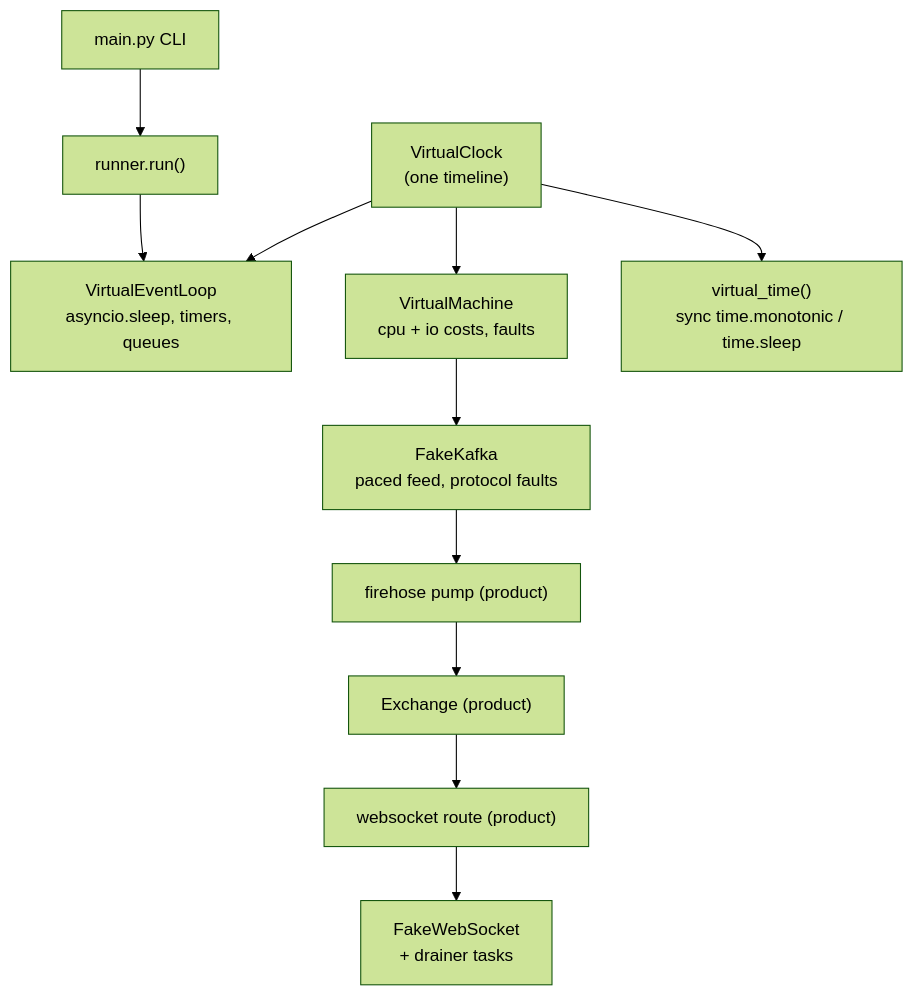
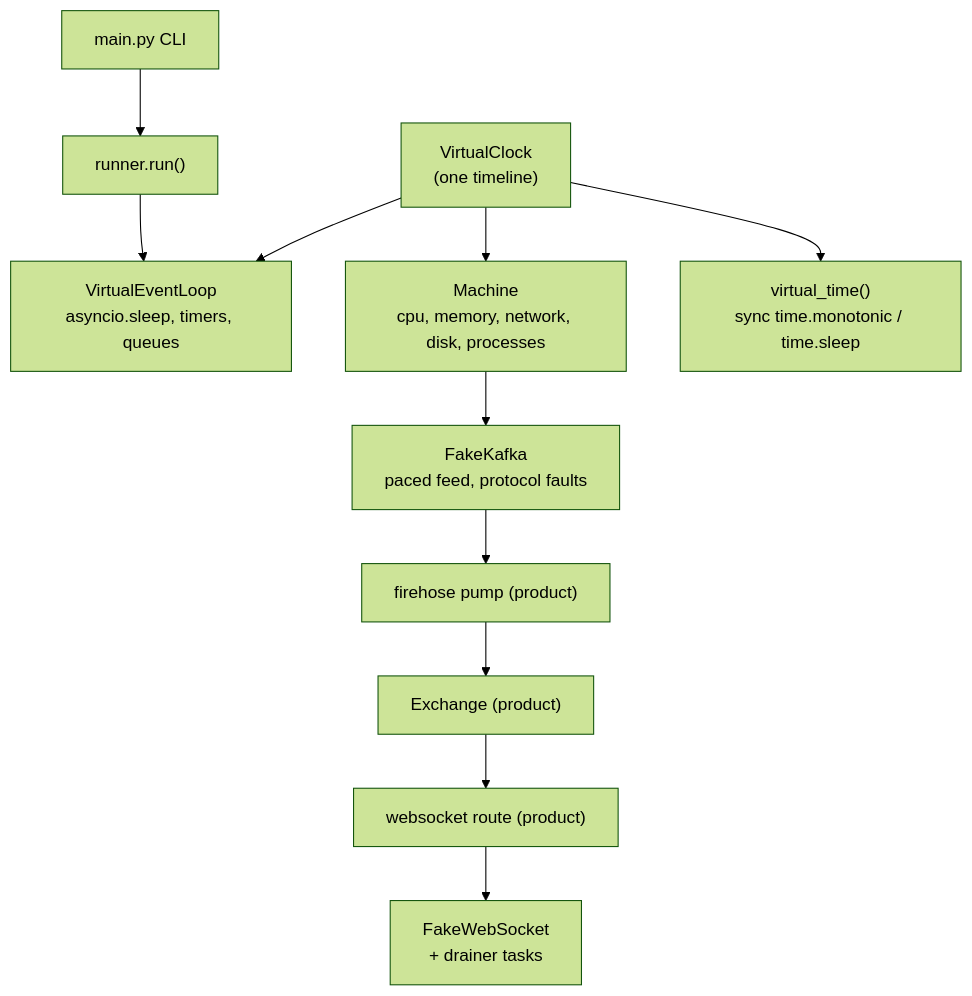
The diagram in development/dst/README.md (Bot-detector/bot_detector), drawn with Mermaid (forest theme) before and after one commit. The commit also changed other lines of this file and 23 other files, not shown here.

Commit message:
refactor(dst): split VirtualMachine into machine package with cpu/memory/network/disk units

````diff
--- a/development/dst/README.md
+++ b/development/dst/README.md
@@ -38,13 +47,13 @@
 ```mermaid
 flowchart TD
     clock["VirtualClock\n(one timeline)"] --> loop["VirtualEventLoop\nasyncio.sleep, timers, queues"]
-    clock --> machine["VirtualMachine\ncpu + io costs, faults"]
+    clock --> machine["Machine\ncpu, memory, network, disk, processes"]
     clock --> patch["virtual_time()\nsync time.monotonic / time.sleep"]
     machine --> kafka["FakeKafka\npaced feed, protocol faults"]
     kafka --> pump["firehose pump (product)"]
     pump --> exchange["Exchange (product)"]
     exchange --> route["websocket route (product)"]
     route --> ws["FakeWebSocket\n+ drainer tasks"]
     runner["runner.run()"] --> loop
     cli["main.py CLI"] --> runner
 ```
````
